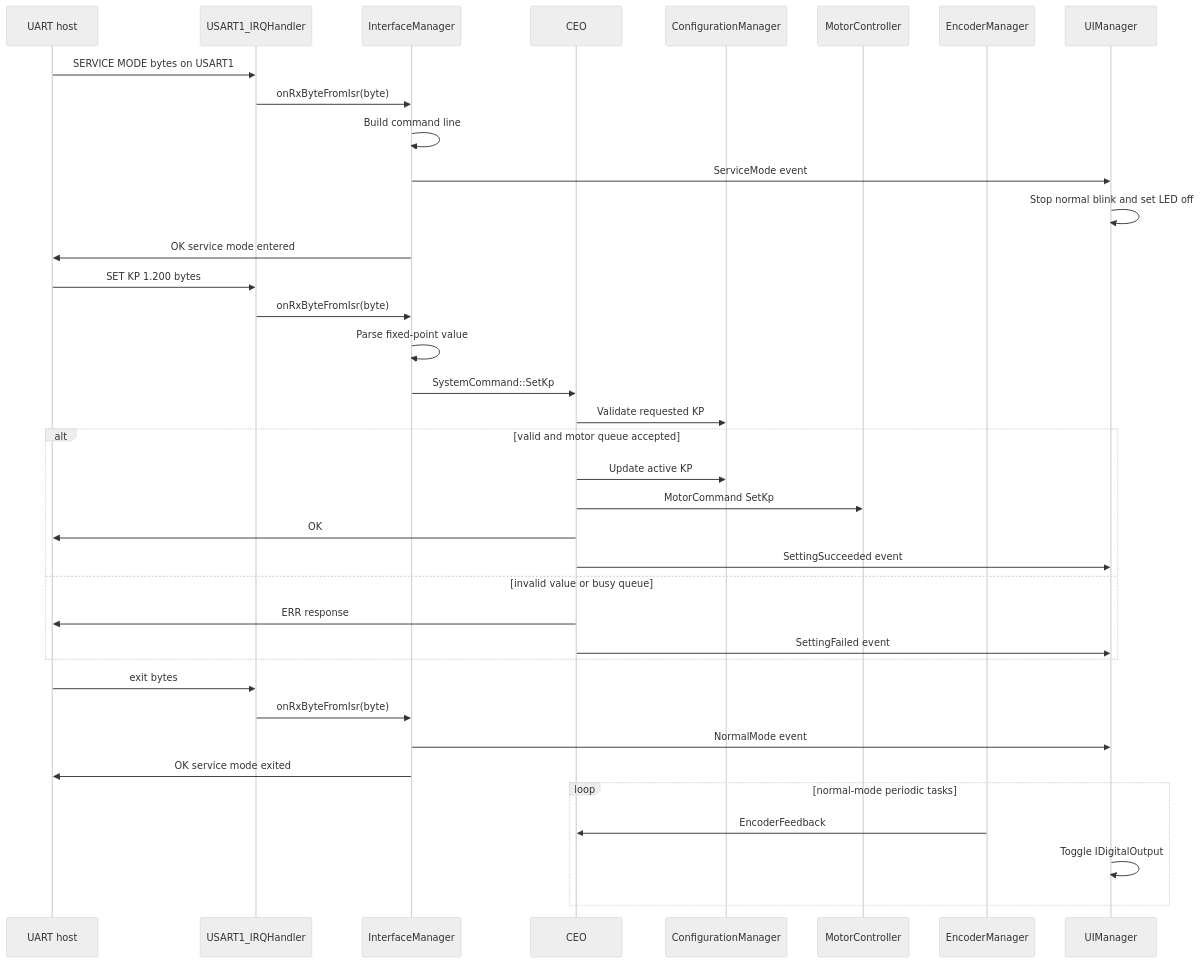
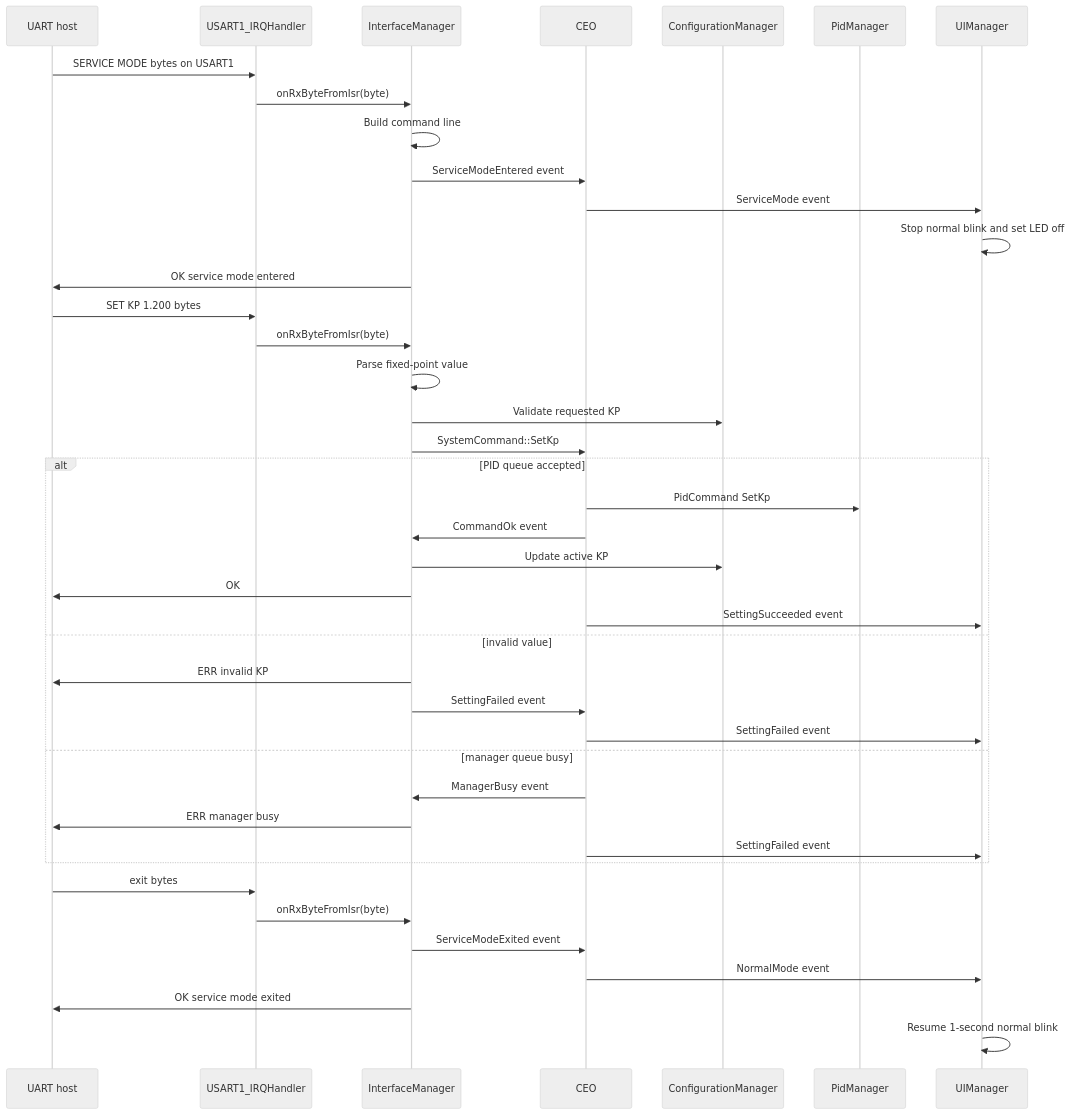
The second of 6 diagrams in docs_architecture.md (thanhduong8457/stm32f4), drawn with Mermaid (neutral theme) before and after one commit. The commit also changed other lines of this file and 16 other files, not shown here.

````diff
--- a/docs_architecture.md
+++ b/docs_architecture.md
@@ -106,43 +111,47 @@
 ```mermaid
 sequenceDiagram
     participant Host as UART host
     participant ISR as USART1_IRQHandler
     participant Interface as InterfaceManager
     participant Director as CEO
     participant Config as ConfigurationManager
-    participant Motor as MotorController
-    participant Encoder as EncoderManager
+    participant PID as PidManager
     participant Led as UIManager
 
     Host->>ISR: SERVICE MODE bytes on USART1
     ISR->>Interface: onRxByteFromIsr(byte)
     Interface->>Interface: Build command line
-    Interface->>Led: ServiceMode event
+    Interface->>Director: ServiceModeEntered event
+    Director->>Led: ServiceMode event
     Led->>Led: Stop normal blink and set LED off
     Interface->>Host: OK service mode entered
 
     Host->>ISR: SET KP 1.200 bytes
     ISR->>Interface: onRxByteFromIsr(byte)
     Interface->>Interface: Parse fixed-point value
+    Interface->>Config: Validate requested KP
     Interface->>Director: SystemCommand::SetKp
-    Director->>Config: Validate requested KP
-    alt valid and motor queue accepted
-        Director->>Config: Update active KP
-        Director->>Motor: MotorCommand SetKp
-        Director->>Host: OK
+    alt PID queue accepted
+        Director->>PID: PidCommand SetKp
+        Director->>Interface: CommandOk event
+        Interface->>Config: Update active KP
+        Interface->>Host: OK
         Director->>Led: SettingSucceeded event
-    else invalid value or busy queue
-        Director->>Host: ERR response
+    else invalid value
+        Interface->>Host: ERR invalid KP
+        Interface->>Director: SettingFailed event
+        Director->>Led: SettingFailed event
+    else manager queue busy
+        Director->>Interface: ManagerBusy event
+        Interface->>Host: ERR manager busy
         Director->>Led: SettingFailed event
     end
 
     Host->>ISR: exit bytes
     ISR->>Interface: onRxByteFromIsr(byte)
-    Interface->>Led: NormalMode event
+    Interface->>Director: ServiceModeExited event
+    Director->>Led: NormalMode event
     Interface->>Host: OK service mode exited
 
-    loop normal-mode periodic tasks
-        Encoder->>Director: EncoderFeedback
-        Led->>Led: Toggle IDigitalOutput
-    end
+    Led->>Led: Resume 1-second normal blink
 ```
````
